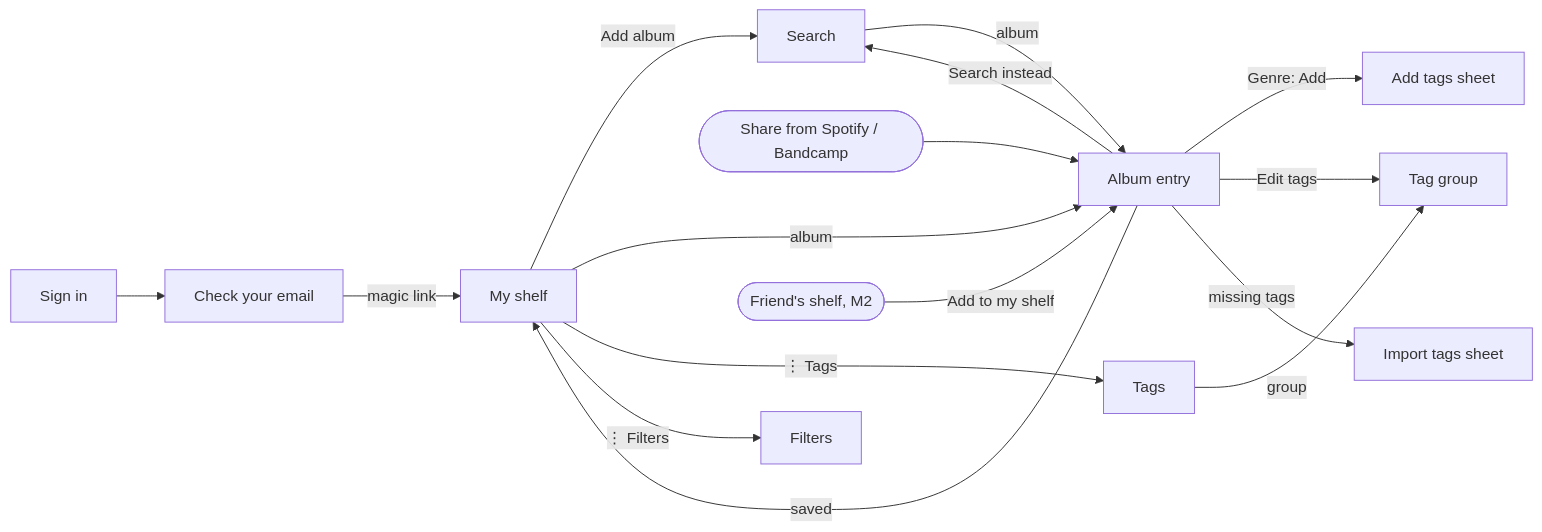
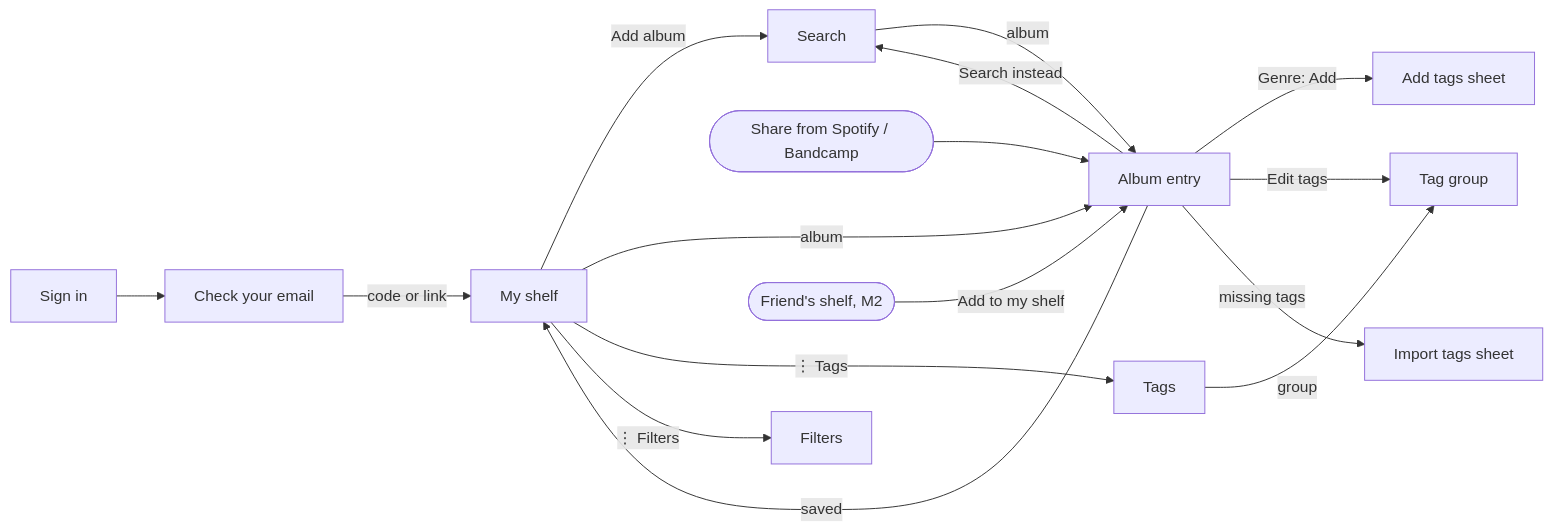
One commit to Schwub/shelf changed the diagram in docs/design/screens.md. Above: the diagram before and after it, drawn with Mermaid. The commit also changed other lines of this file and 24 other files, not shown here.

First line of the commit message:
Sign in with an emailed code or link (TASK-6)

````diff
--- a/docs/design/screens.md
+++ b/docs/design/screens.md
@@ -27,18 +27,18 @@
 ```mermaid
 flowchart LR
   signin[Sign in] --> check[Check your email]
-  check -- magic link --> shelf[My shelf]
+  check -- code or link --> shelf[My shelf]
   shelf -- Add album --> search[Search]
   search -- album --> entry[Album entry]
   shelf -- album --> entry
   share([Share from Spotify / Bandcamp]) --> entry
   entry -- Search instead --> search
   entry -- saved --> shelf
   entry -- Genre: Add --> addtags[Add tags sheet]
   entry -- Edit tags --> group[Tag group]
   shelf -- ⋮ Tags --> tags[Tags]
   tags -- group --> group
   shelf -- ⋮ Filters --> filters[Filters]
   friend([Friend's shelf, M2]) -- Add to my shelf --> entry
   entry -- missing tags --> import[Import tags sheet]
 ```
````
